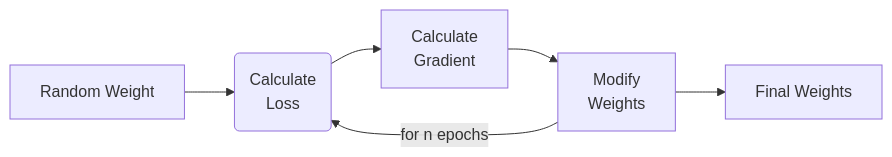
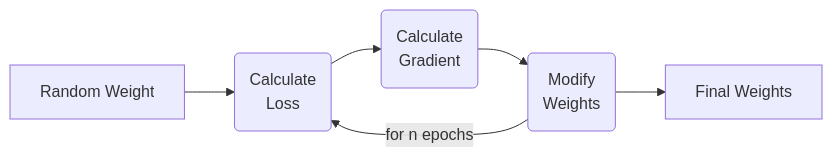
One commit to ilovetensor/ilovetensor.github.io changed the first of 3 diagrams in posts/neural-nets-from-scratch/index.qmd. Above: the diagram before and after it, drawn with Mermaid. The commit also changed other lines of this file and 7 other files, not shown here.

````diff
--- a/posts/neural-nets-from-scratch/index.qmd
+++ b/posts/neural-nets-from-scratch/index.qmd
@@ -229,6 +230,6 @@
 ```{mermaid}
 flowchart LR
   A[Random Weight] --> B(Calculate \nLoss)
-  B --> C[Calculate \nGradient] --> D[Modify\n Weights] -- " for n epochs " --> B
+  B --> C(Calculate \nGradient) --> D(Modify\n Weights)-->|for n epochs|B
   D --> E[Final Weights]
 ```
````
